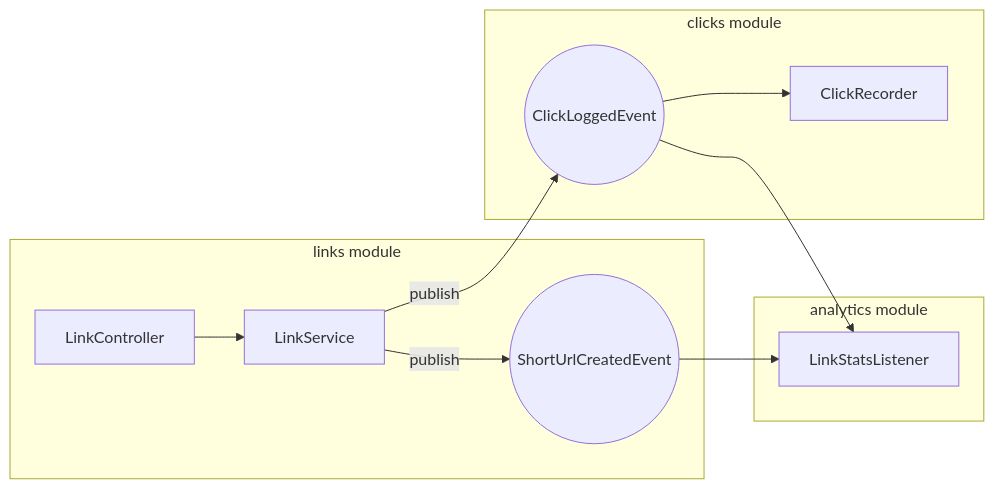
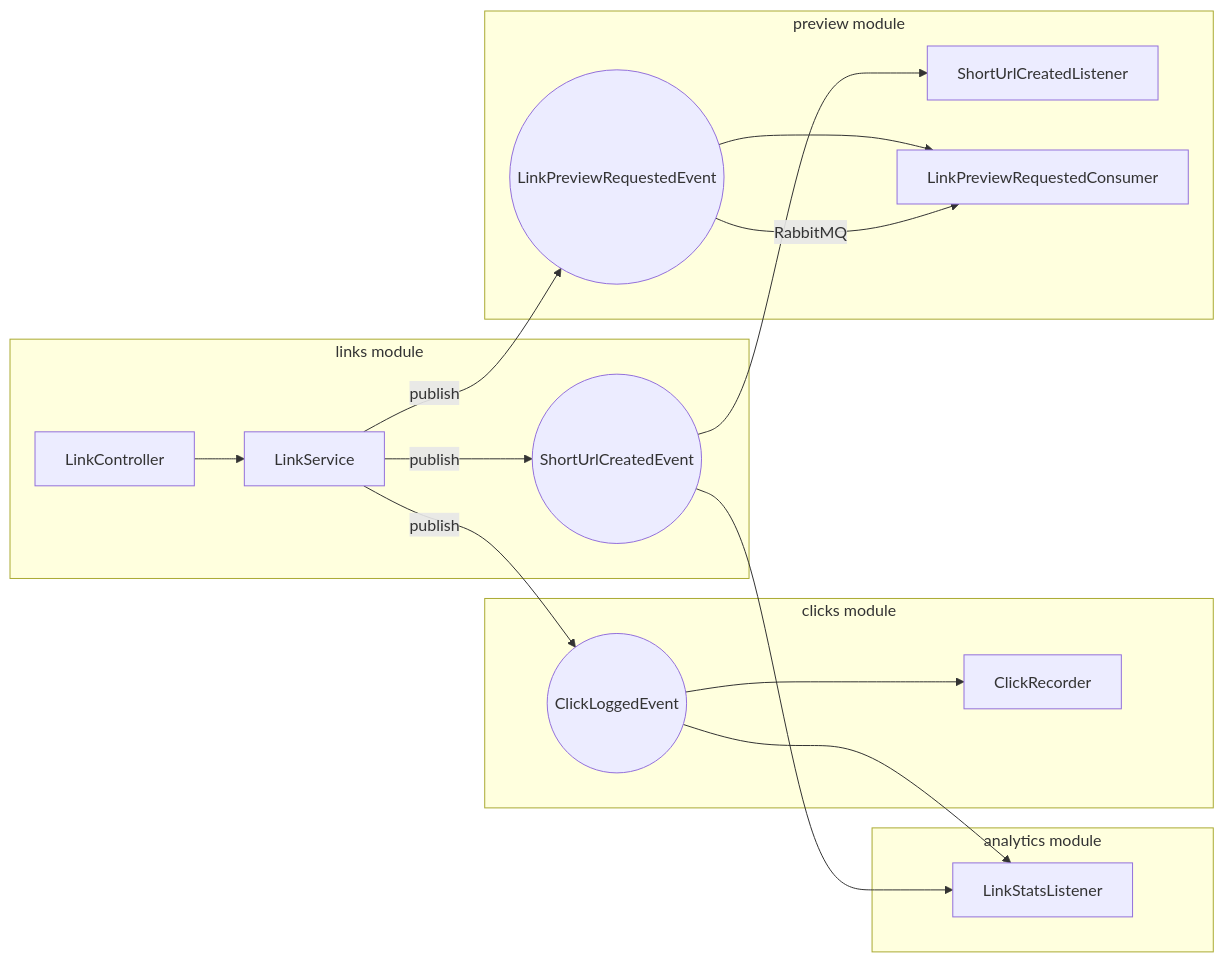
One commit to 900737-oss/Project-Web changed the diagram in README.md. Above: the diagram before and after it, drawn with Mermaid. The commit also changed other lines of this file and 19 other files, not shown here.

````diff
--- a/README.md
+++ b/README.md
@@ -93,15 +95,21 @@
 ```mermaid
 flowchart LR
   subgraph links [links module]
     LC[LinkController] --> LS[LinkService]
     LS -->|publish| SUC((ShortUrlCreatedEvent))
   end
   subgraph clicks [clicks module]
     CL((ClickLoggedEvent)) --> CR[ClickRecorder]
   end
   subgraph analytics [analytics module]
     SUC --> LSL[LinkStatsListener]
     CL --> LSL
   end
+  subgraph preview [preview module]
+    SUC --> SPL[ShortUrlCreatedListener]
+    LPR((LinkPreviewRequestedEvent)) --> LRC[LinkPreviewRequestedConsumer]
+  end
+  LS -->|publish| LPR
   LS -->|publish| CL
+  LPR -->|RabbitMQ| LRC
 ```
````
